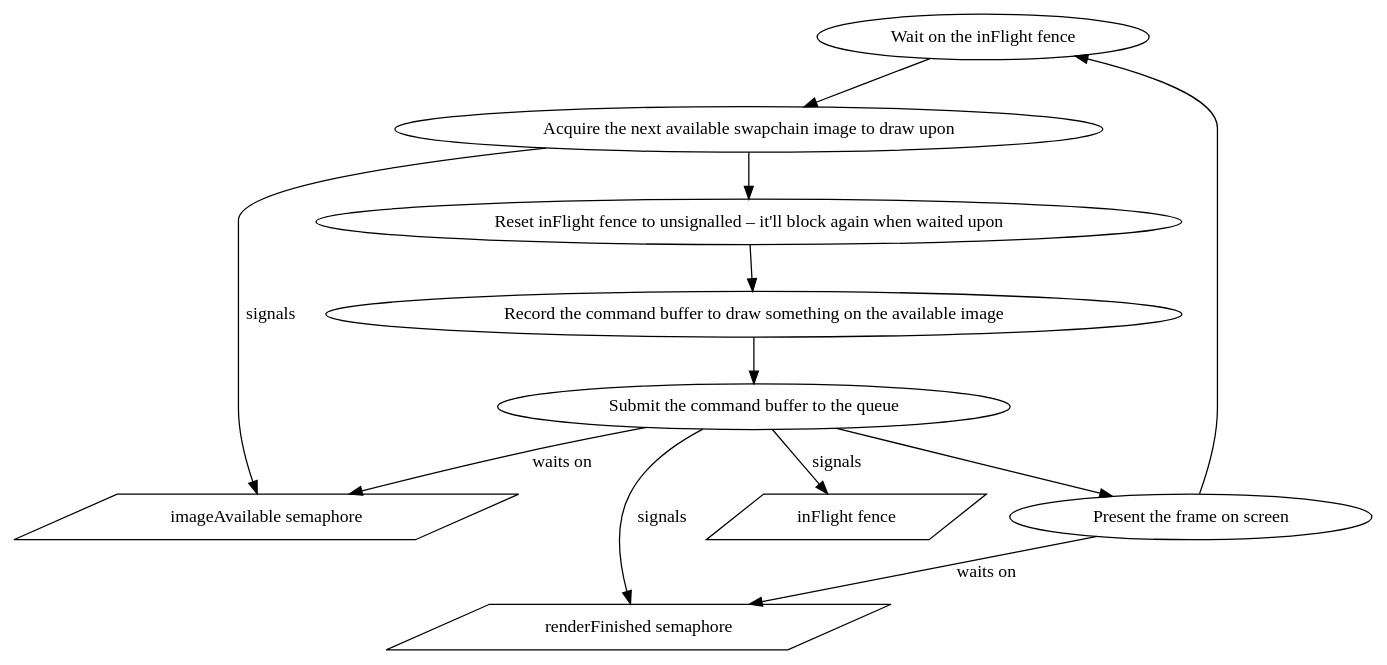
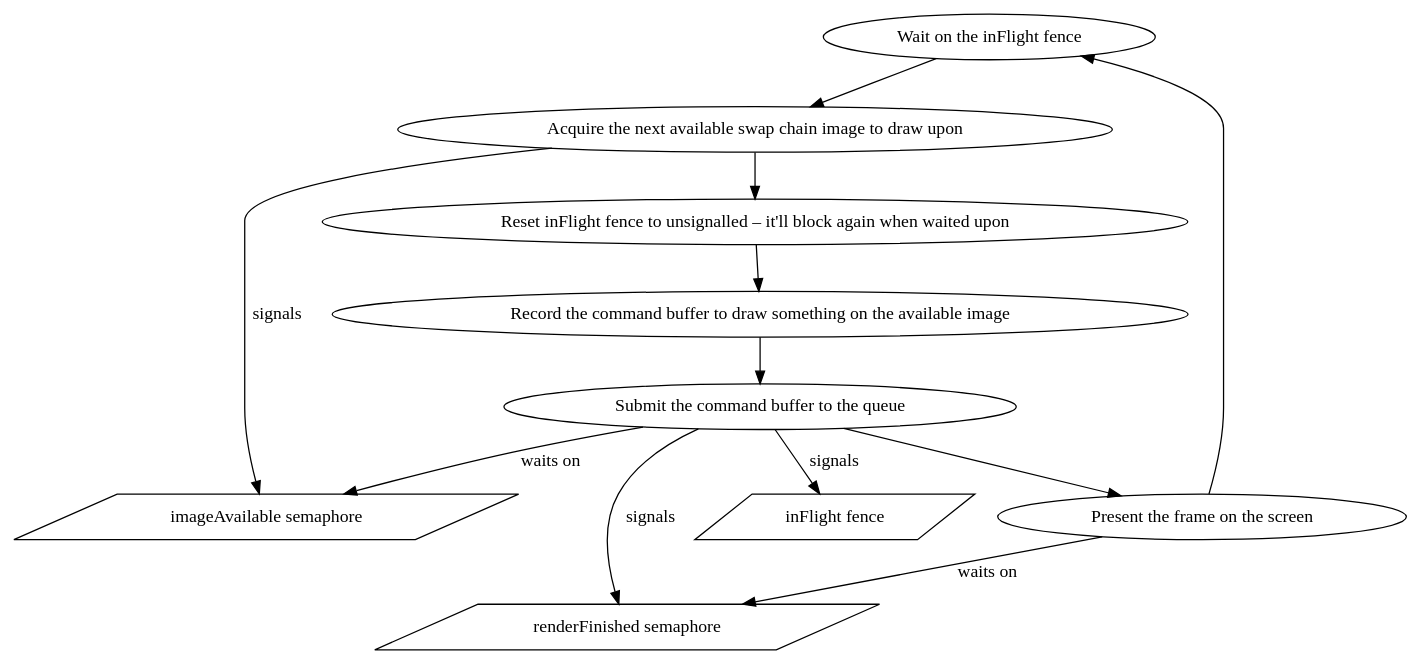
The second of 2 diagrams in posts/2022-06-24-first-triangle.md (anatoliykmetyuk/anatoliykmetyuk.github.io), drawn with Graphviz before and after one commit. The commit also changed other lines of this file, not shown here.

````diff
--- a/posts/2022-06-24-first-triangle.md
+++ b/posts/2022-06-24-first-triangle.md
@@ -45,21 +45,21 @@
 ```dot
 digraph G {
   "Wait on the inFlight fence" ->
-  "Acquire the next available swapchain image to draw upon" ->
+  "Acquire the next available swap chain image to draw upon" ->
   "Reset inFlight fence to unsignalled – it'll block again when waited upon" ->
   "Record the command buffer to draw something on the available image" ->
   "Submit the command buffer to the queue" ->
-  "Present the frame on screen" -> "Wait on the inFlight fence"
+  "Present the frame on the screen" -> "Wait on the inFlight fence"
 
 
-  "Acquire the next available swapchain image to draw upon" -> "imageAvailable semaphore" [ label = "signals" ]
+  "Acquire the next available swap chain image to draw upon" -> "imageAvailable semaphore" [ label = "signals" ]
   "Submit the command buffer to the queue" -> "imageAvailable semaphore" [ label = "waits on" ]
   "Submit the command buffer to the queue" -> "renderFinished semaphore" [ label = "signals" ]
   "Submit the command buffer to the queue" -> "inFlight fence" [ label = "signals" ]
-  "Present the frame on screen" -> "renderFinished semaphore" [ label = "waits on" ]
+  "Present the frame on the screen" -> "renderFinished semaphore" [ label = "waits on" ]
 
   "imageAvailable semaphore" [ shape=parallelogram ]
   "inFlight fence" [ shape=parallelogram ]
   "renderFinished semaphore" [ shape=parallelogram ]
 }
 ```
````
